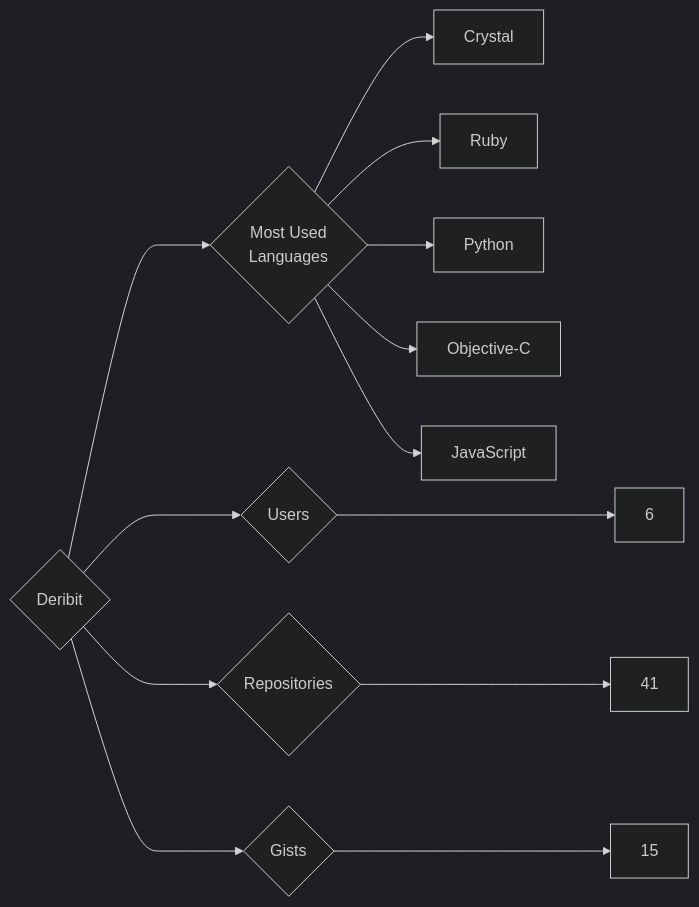
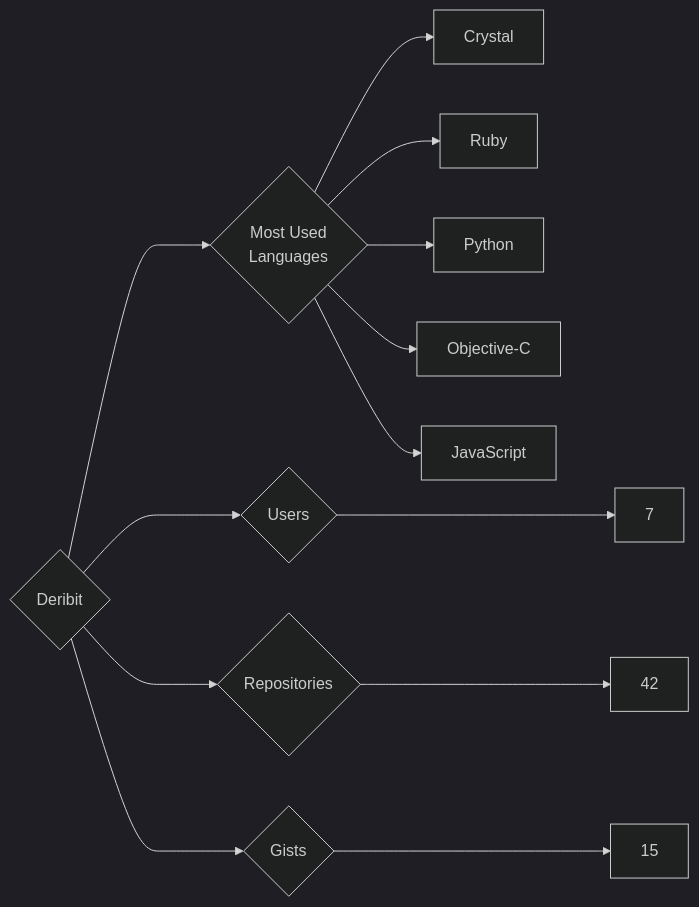
The diagram in targets/Deribit/README.md (trickest/insiders), drawn with Mermaid (dark theme) before and after one commit. The commit also changed 777 other files, not shown here.

````diff
--- a/targets/Deribit/README.md
+++ b/targets/Deribit/README.md
@@ -3,13 +3,13 @@
 ```mermaid
 graph LR
 COMPANY_NAME{Deribit}
-COMPANY_NAME ---> U{Users} ---> UN[6]
-COMPANY_NAME ---> R{Repositories} ---> RN[41]
+COMPANY_NAME ---> U{Users} ---> UN[7]
+COMPANY_NAME ---> R{Repositories} ---> RN[42]
 COMPANY_NAME ---> G{Gists} ---> GN[15]
 COMPANY_NAME ---> ML{Most Used<br>Languages}
 ML --> Crystal[Crystal]
 ML --> Ruby[Ruby]
 ML --> Python[Python]
 ML --> Objective-C[Objective-C]
 ML --> JavaScript[JavaScript]
 ```
````
